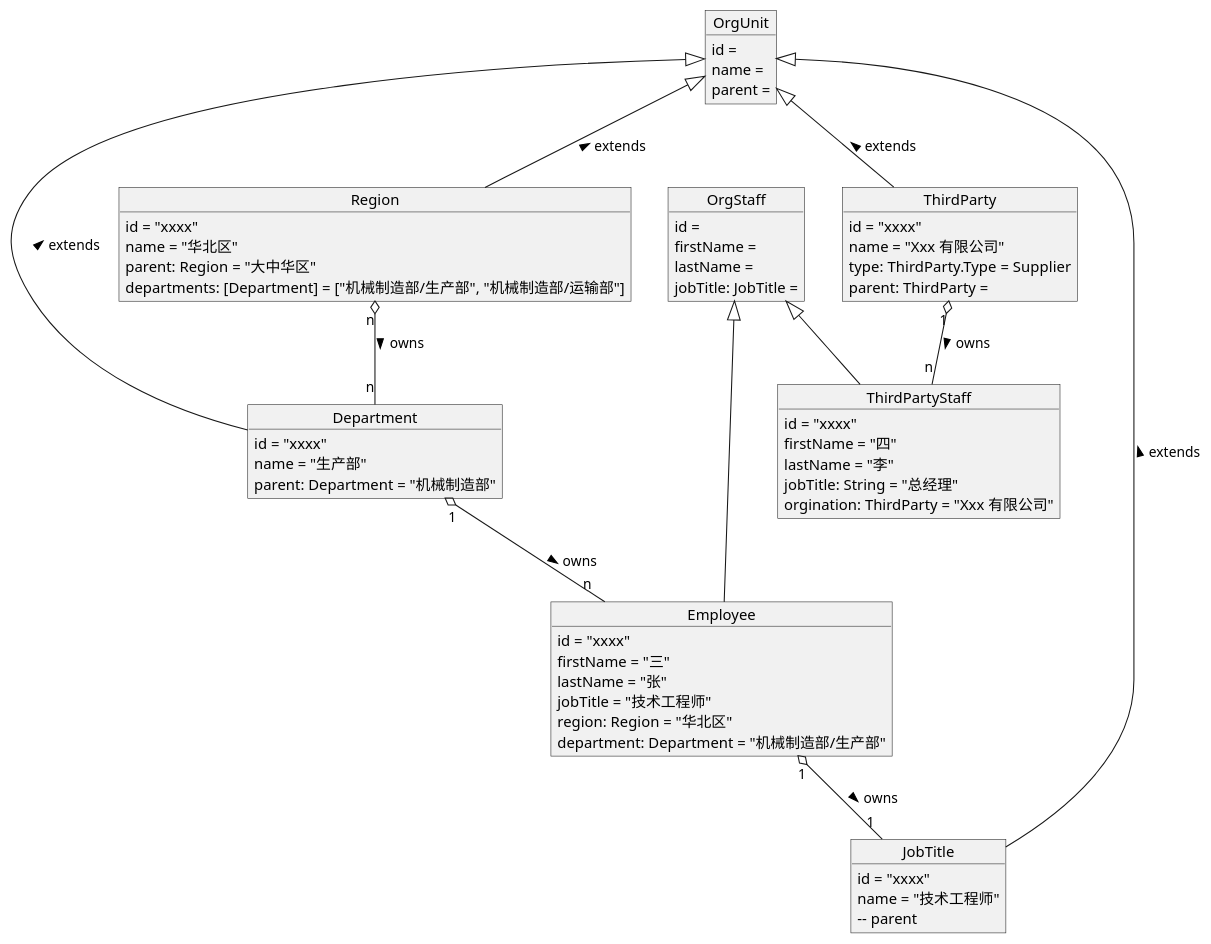
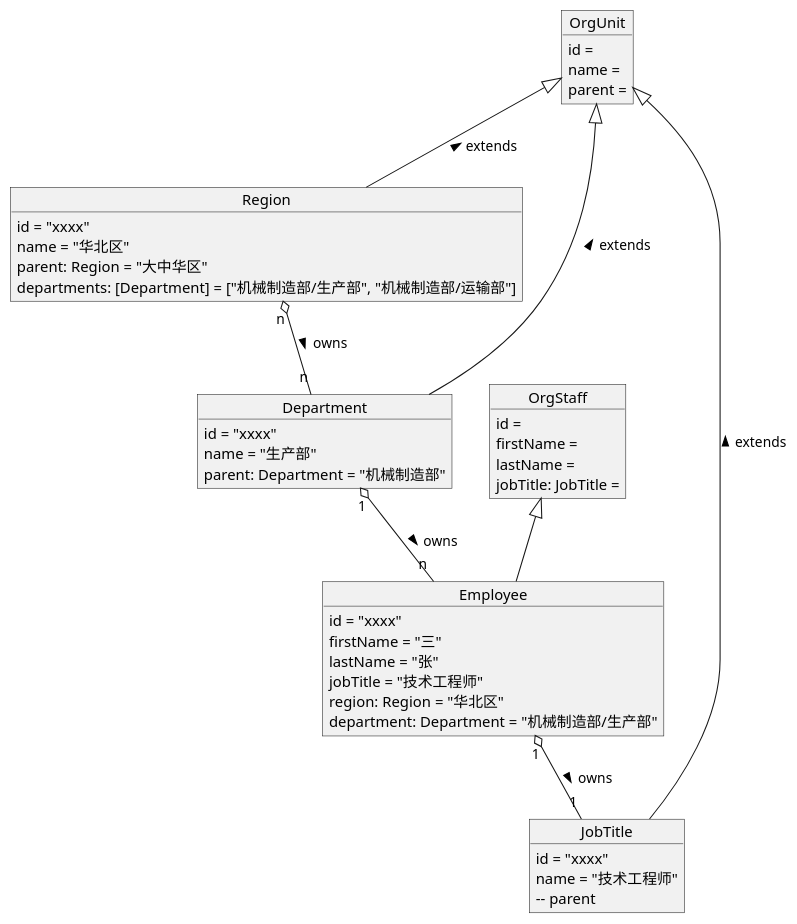
The diagram in docs/100.development/800.nop/800.demo/100.design.md (crazydan-studio/duzhou.crazydan.io), drawn with PlantUML before and after one commit. The commit also changed other lines of this file and 10 other files, not shown here.

````diff
--- a/docs/100.development/800.nop/800.demo/100.design.md
+++ b/docs/100.development/800.nop/800.demo/100.design.md
@@ -15,69 +15,47 @@
 ```plantuml
 object OrgUnit {
   id =
   name =
   parent =
 }
 object Department {
   id = "xxxx"
   name = "生产部"
   parent: Department = "机械制造部"
 }
 object Region {
   id = "xxxx"
   name = "华北区"
   parent: Region = "大中华区"
   departments: [Department] = ["机械制造部/生产部", "机械制造部/运输部"]
 }
 object JobTitle {
   id = "xxxx"
   name = "技术工程师"
   -- parent
 }
-object ThirdParty {
-  id = "xxxx"
-  name = "Xxx 有限公司"
-  type: ThirdParty.Type = Supplier
-  parent: ThirdParty =
-}
-object ThirdParty.Type {
-  Supplier  // 供应商
-  Partner   // 合作伙伴
-  Customer  // 客户
-  Stockholder // 股东
-}
 OrgUnit <|-- Region: < extends
 OrgUnit <|-- Department: < extends
-OrgUnit <|-- ThirdParty: < extends
 OrgUnit <|-- JobTitle: < extends
 
 Region "n" o-- "n" Department: > owns
 
 object OrgStaff {
   id =
   firstName =
   lastName =
   jobTitle: JobTitle =
 }
 object Employee {
   id = "xxxx"
   firstName = "三"
   lastName = "张"
   jobTitle = "技术工程师"
   region: Region = "华北区"
   department: Department = "机械制造部/生产部"
 }
-object ThirdPartyStaff {
-  id = "xxxx"
-  firstName = "四"
-  lastName = "李"
-  jobTitle: String = "总经理"
-  orgination: ThirdParty = "Xxx 有限公司"
-}
 OrgStaff <|-- Employee
-OrgStaff <|-- ThirdPartyStaff
 
 Department "1" o-- "n" Employee: > owns
 Employee "1" o-- "1" JobTitle: > owns
-ThirdParty "1" o-- "n" ThirdPartyStaff: > owns
 ```
````
